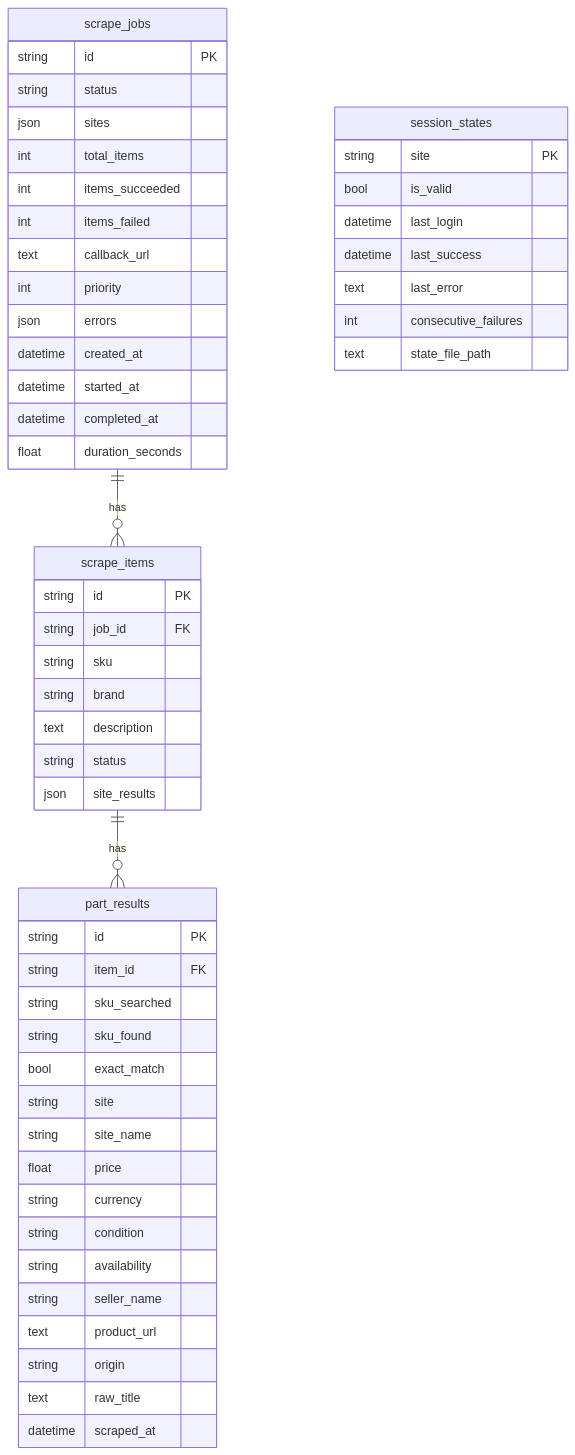
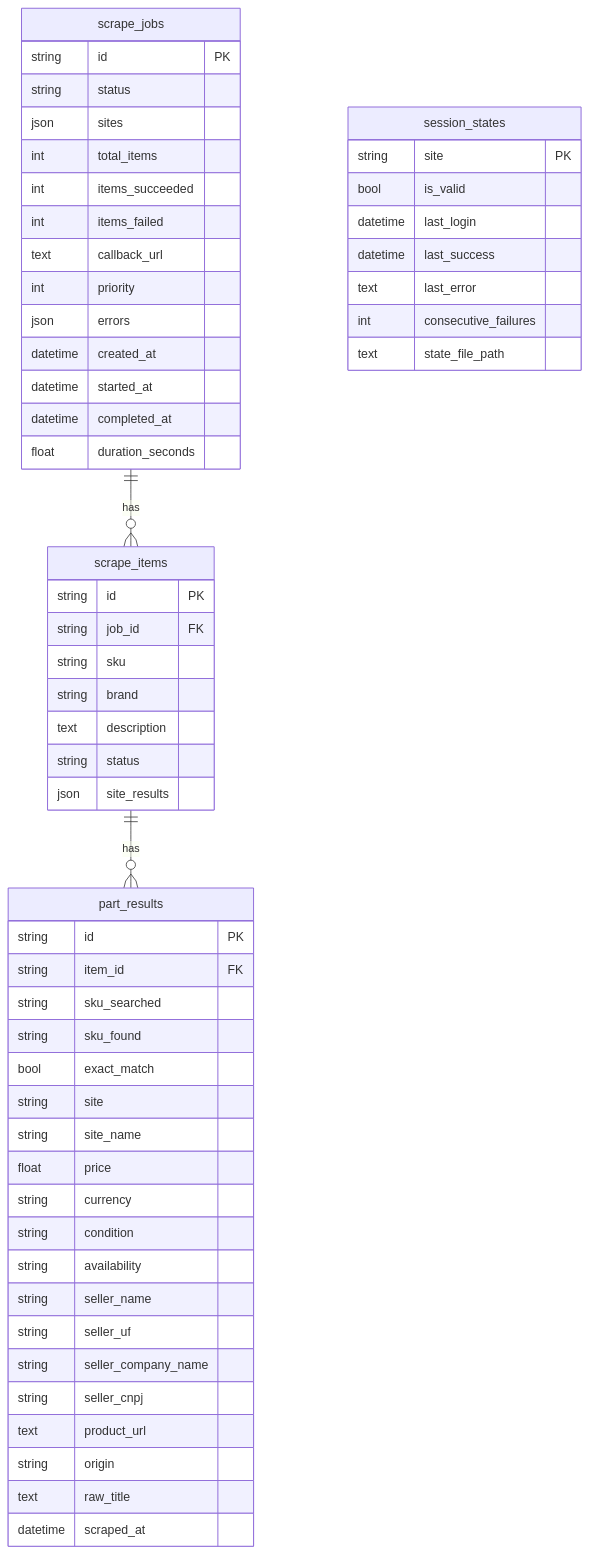
One commit to tktechnologies/cdp-hub changed the fourth of 4 diagrams in scrapers/docs/SYSTEM_OVERVIEW.md. Above: the diagram before and after it, drawn with Mermaid. The commit also changed 65 other files, not shown here.

````diff
--- a/scrapers/docs/SYSTEM_OVERVIEW.md
+++ b/scrapers/docs/SYSTEM_OVERVIEW.md
@@ -210,60 +210,63 @@
 ```mermaid
 erDiagram
   scrape_jobs ||--o{ scrape_items : has
   scrape_items ||--o{ part_results : has
 
   scrape_jobs {
     string id PK
     string status
     json sites
     int total_items
     int items_succeeded
     int items_failed
     text callback_url
     int priority
     json errors
     datetime created_at
     datetime started_at
     datetime completed_at
     float duration_seconds
   }
 
   scrape_items {
     string id PK
     string job_id FK
     string sku
     string brand
     text description
     string status
     json site_results
   }
 
   part_results {
     string id PK
     string item_id FK
     string sku_searched
     string sku_found
     bool exact_match
     string site
     string site_name
     float price
     string currency
     string condition
     string availability
     string seller_name
+    string seller_uf
+    string seller_company_name
+    string seller_cnpj
     text product_url
     string origin
     text raw_title
     datetime scraped_at
   }
 
   session_states {
     string site PK
     bool is_valid
     datetime last_login
     datetime last_success
     text last_error
     int consecutive_failures
     text state_file_path
   }
 ```
````
